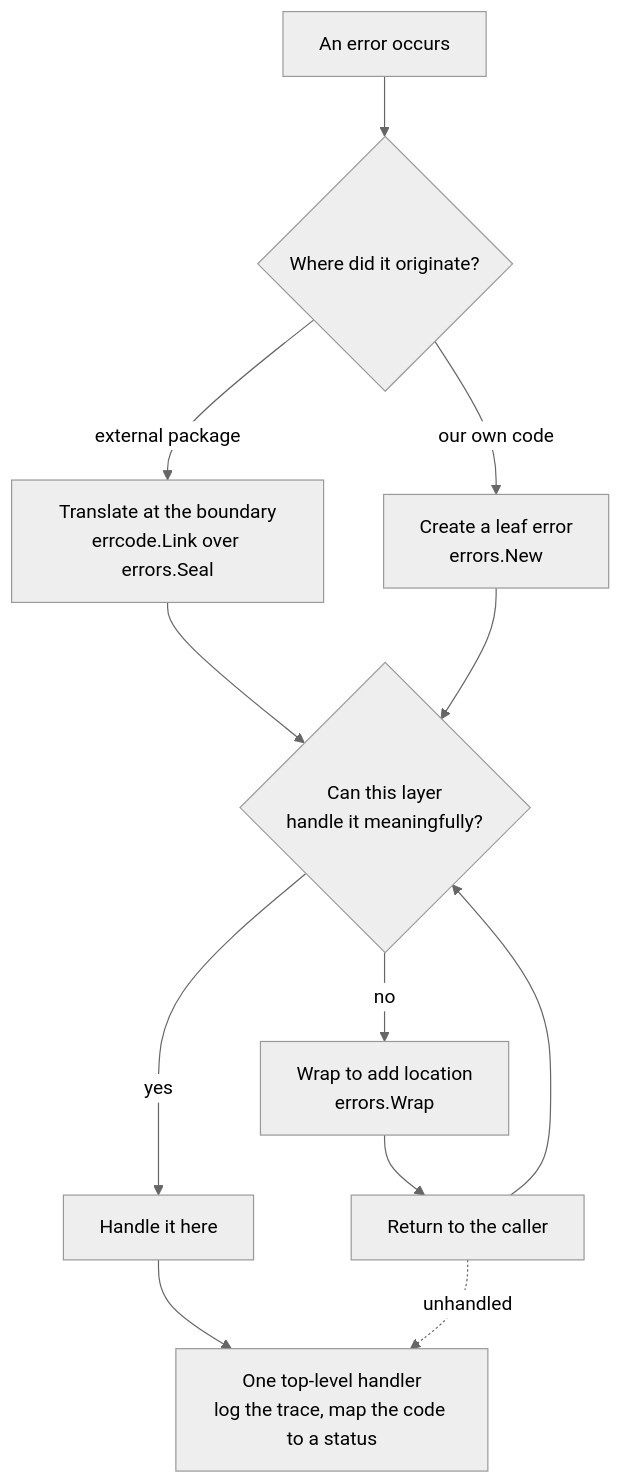
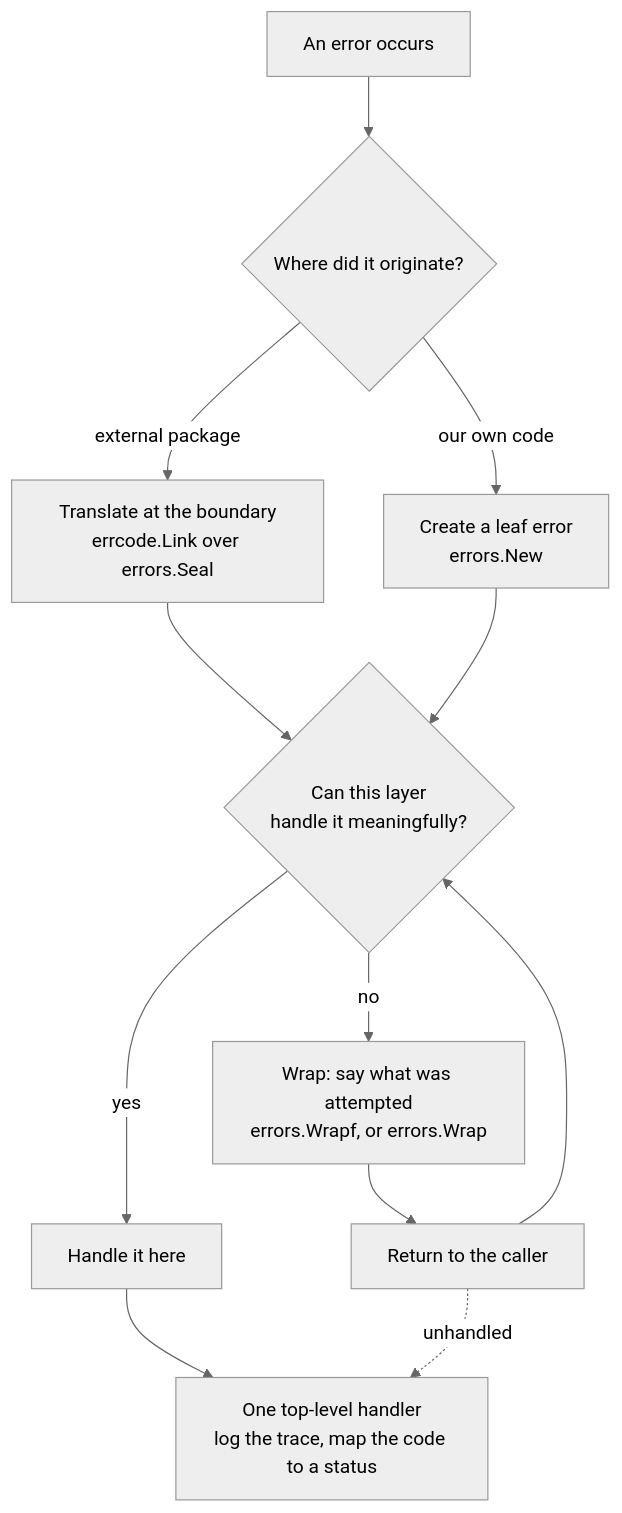
The first of 2 diagrams in philosophy.md (StevenACoffman/toerr), drawn with Mermaid (neutral theme) before and after one commit. The commit also changed other lines of this file, not shown here.

First line of the commit message:
philosophy: put intent before location

````diff
--- a/philosophy.md
+++ b/philosophy.md
@@ -551,14 +605,14 @@
 ```mermaid
 graph TD
     A[An error occurs] --> B{Where did it originate?}
     B -->|external package| C[Translate at the boundary<br/>errcode.Link over errors.Seal]
     B -->|our own code| D[Create a leaf error<br/>errors.New]
     C --> F{Can this layer<br/>handle it meaningfully?}
     D --> F
     F -->|yes| G[Handle it here]
-    F -->|no| H[Wrap to add location<br/>errors.Wrap]
+    F -->|no| H[Wrap: say what was attempted<br/>errors.Wrapf, or errors.Wrap]
     H --> I[Return to the caller]
     I --> F
     G --> Z[One top-level handler<br/>log the trace, map the code to a status]
     I -.unhandled.-> Z
 ```
````
